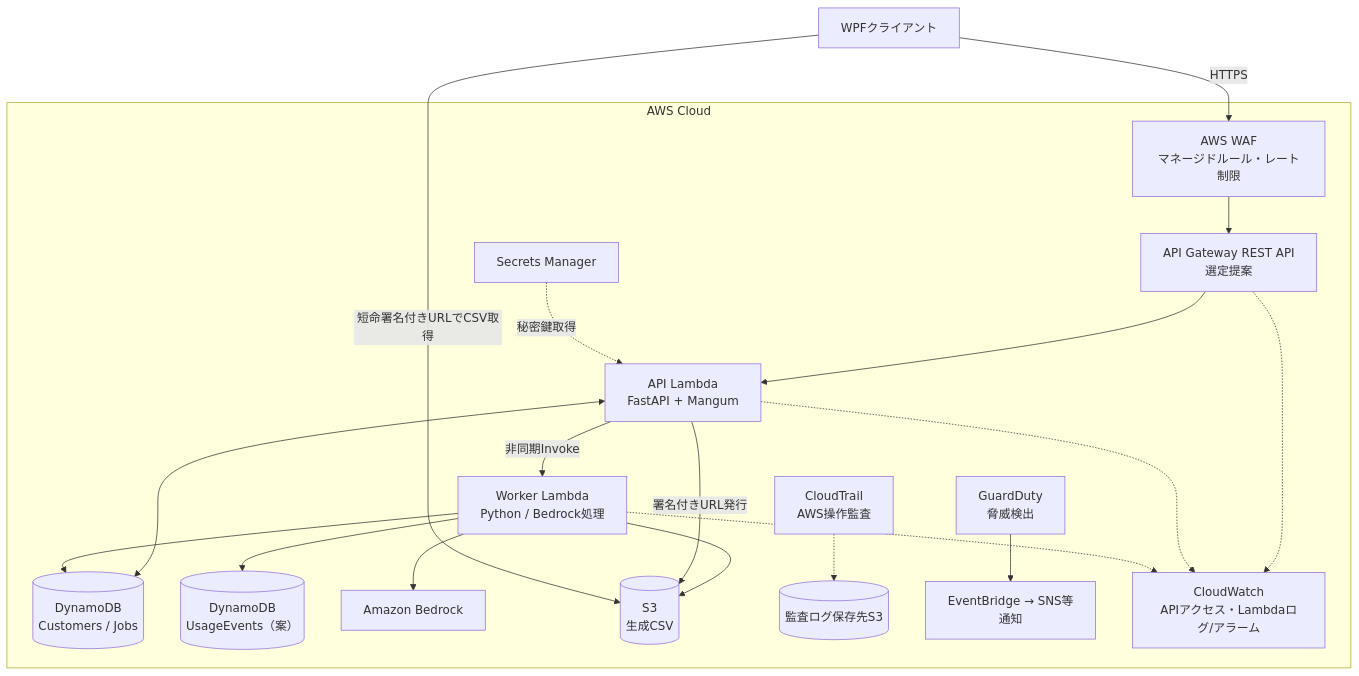
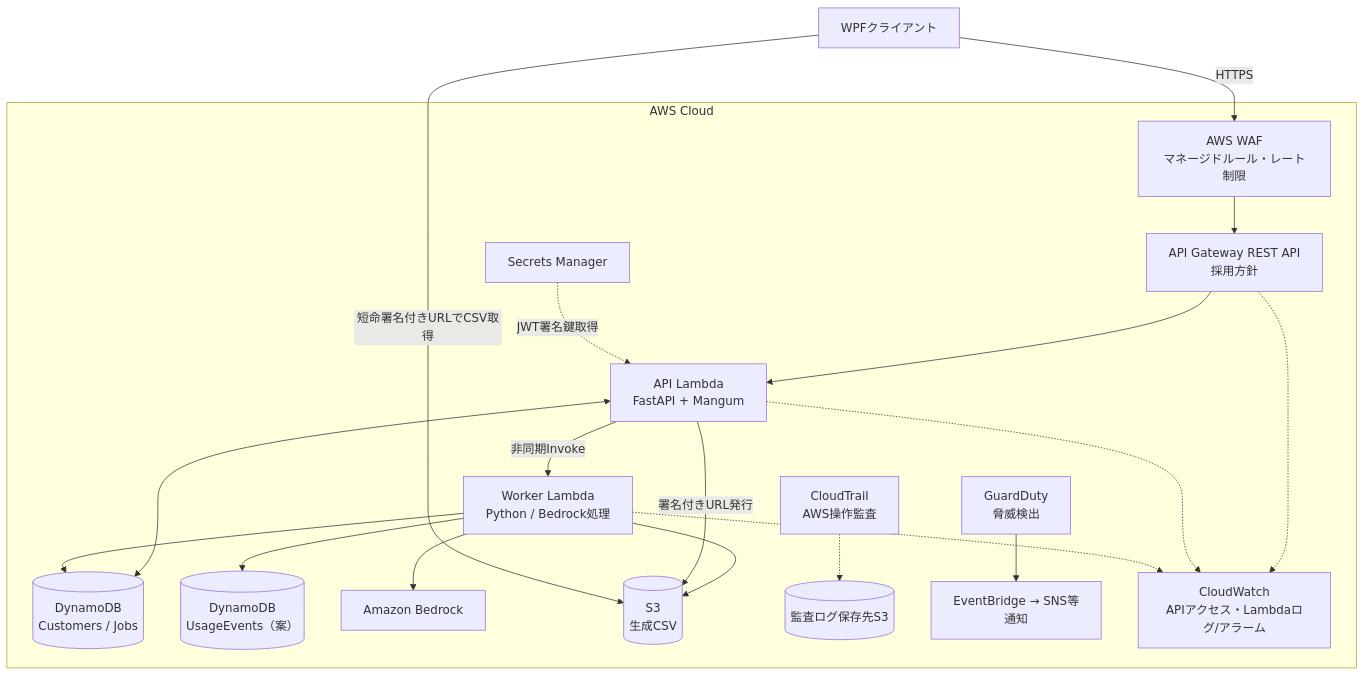
The diagram in docs/architecture.md (knmo000-tech/awsMemo), drawn with Mermaid before and after one commit. The commit also changed other lines of this file, not shown here.

Commit message:
docs: adopt REST API WAF and Secrets Manager JWT auth

````diff
--- a/docs/architecture.md
+++ b/docs/architecture.md
@@ -11,23 +11,23 @@
 ```mermaid
 flowchart TD
     C["WPFクライアント"] -->|"HTTPS"| WF["AWS WAF<br/>マネージドルール・レート制限"]
     subgraph AWS["AWS Cloud"]
-      WF --> GW["API Gateway REST API<br/>選定提案"]
+      WF --> GW["API Gateway REST API<br/>採用方針"]
       GW --> A["API Lambda<br/>FastAPI + Mangum"]
       A -->|"非同期Invoke"| W["Worker Lambda<br/>Python / Bedrock処理"]
       A <--> D[("DynamoDB<br/>Customers / Jobs")]
       W --> D
       W --> U[("DynamoDB<br/>UsageEvents（案）")]
       W --> B["Amazon Bedrock"]
       W --> S[("S3<br/>生成CSV")]
       A -->|"署名付きURL発行"| S
-      SM["Secrets Manager"] -.->|"秘密鍵取得"| A
+      SM["Secrets Manager"] -.->|"JWT署名鍵取得"| A
       CT["CloudTrail<br/>AWS操作監査"] -.-> AUDIT[("監査ログ保存先S3")]
       GD["GuardDuty<br/>脅威検出"] --> EV["EventBridge → SNS等<br/>通知"]
       LOG["CloudWatch<br/>APIアクセス・Lambdaログ/アラーム"]
       GW -.-> LOG
       A -.-> LOG
       W -.-> LOG
     end
     C -->|"短命署名付きURLでCSV取得"| S
 ```
````
